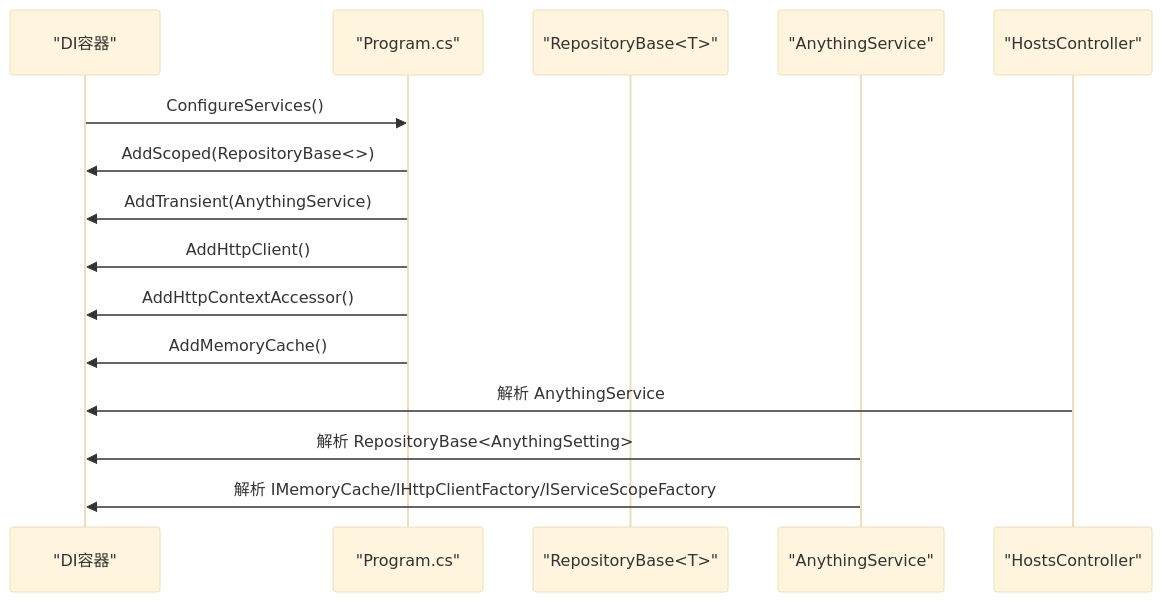
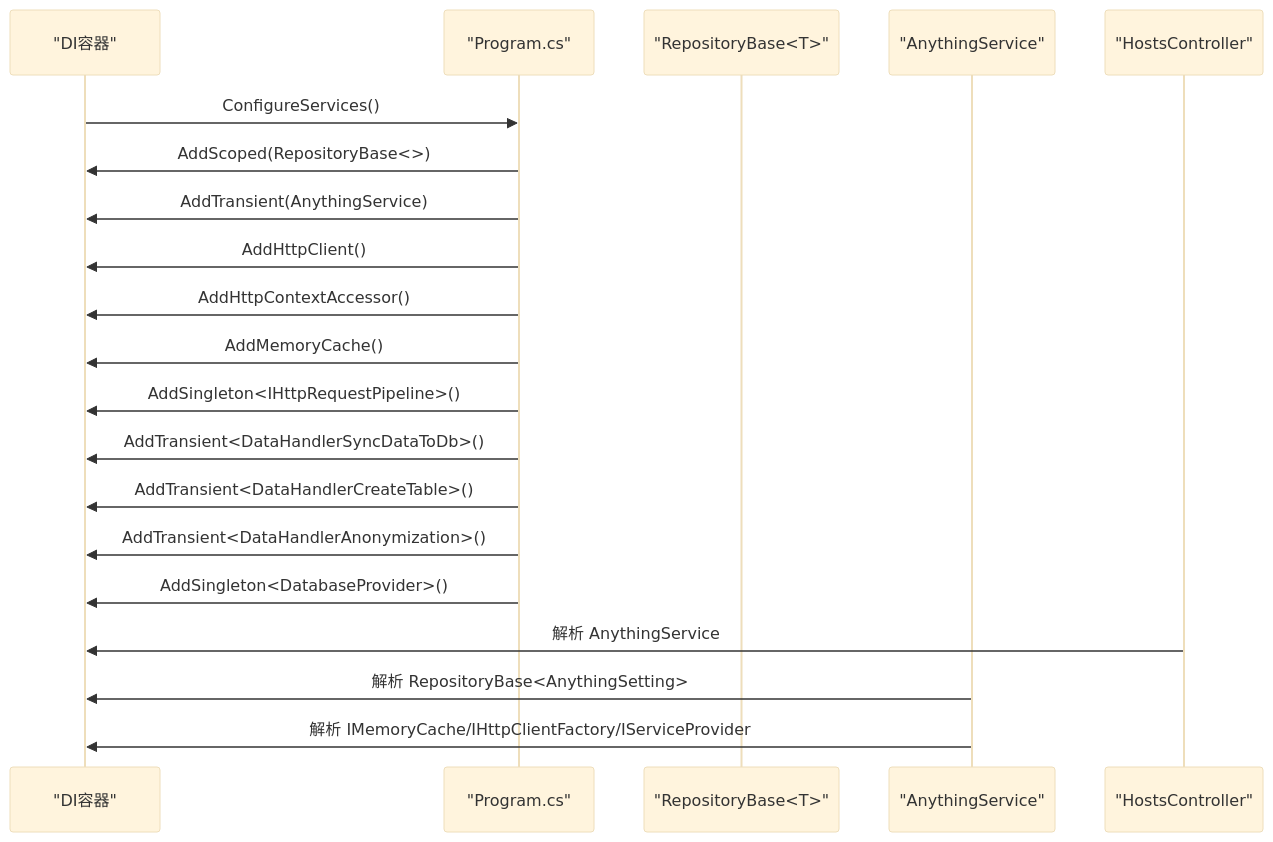
One commit to Sosososolong/AirGo changed the third of 9 diagrams in .qoder/repowiki/zh/content/项目概述/核心特性/远程主机管理/AnythingService 核心功能.md. Above: the diagram before and after it, drawn with Mermaid (base theme). The commit also changed other lines of this file and 7 other files, not shown here.

````diff
--- a/.qoder/repowiki/zh/content/项目概述/核心特性/远程主机管理/AnythingService 核心功能.md
+++ b/.qoder/repowiki/zh/content/项目概述/核心特性/远程主机管理/AnythingService 核心功能.md
@@ -180,17 +197,22 @@
 ```mermaid
 sequenceDiagram
 participant DI as "DI容器"
 participant Program as "Program.cs"
 participant Repo as "RepositoryBase<T>"
 participant SVC as "AnythingService"
 participant CTRL as "HostsController"
 DI->>Program : ConfigureServices()
 Program->>DI : AddScoped(RepositoryBase<>)
 Program->>DI : AddTransient(AnythingService)
 Program->>DI : AddHttpClient()
 Program->>DI : AddHttpContextAccessor()
 Program->>DI : AddMemoryCache()
+Program->>DI : AddSingleton<IHttpRequestPipeline>()
+Program->>DI : AddTransient<DataHandlerSyncDataToDb>()
+Program->>DI : AddTransient<DataHandlerCreateTable>()
+Program->>DI : AddTransient<DataHandlerAnonymization>()
+Program->>DI : AddSingleton<DatabaseProvider>()
 CTRL->>DI : 解析 AnythingService
 SVC->>DI : 解析 RepositoryBase<AnythingSetting>
-SVC->>DI : 解析 IMemoryCache/IHttpClientFactory/IServiceScopeFactory
+SVC->>DI : 解析 IMemoryCache/IHttpClientFactory/IServiceProvider
 ```
````
